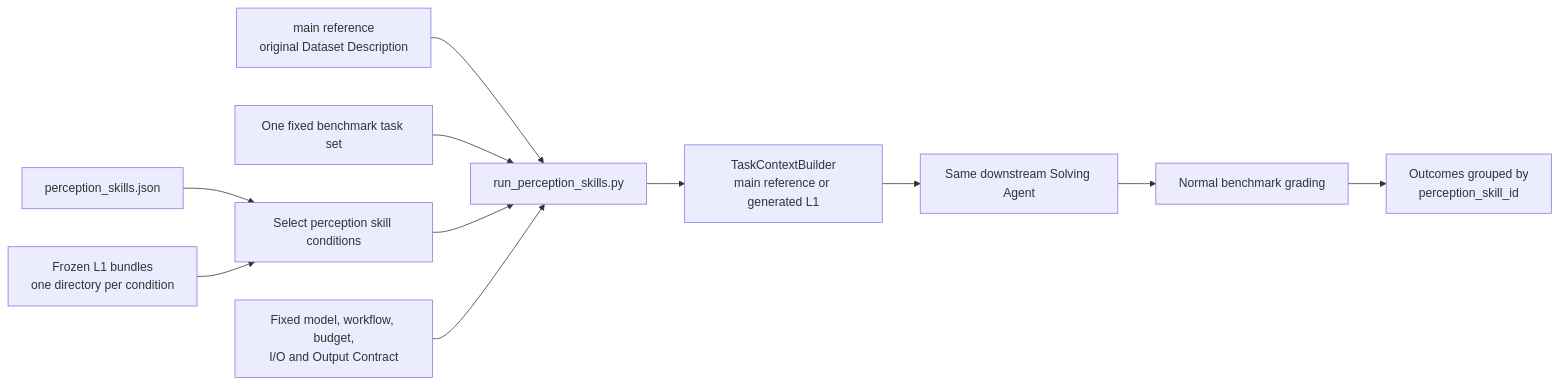
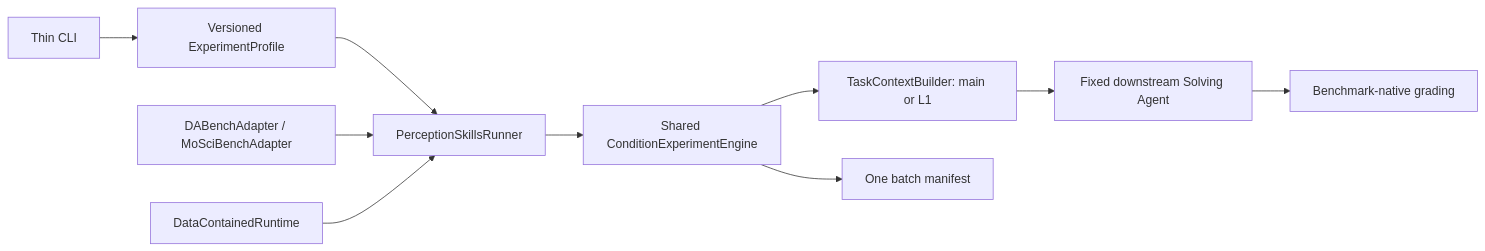
The diagram in experiments/data_card_ablation/PERCEPTION_SKILLS.md (qinlu000/dslighting), drawn with Mermaid before and after one commit. The commit also changed other lines of this file and 140 other files, not shown here.

Commit message:
refactor: streamline perception skills ablations

````diff
--- a/experiments/data_card_ablation/PERCEPTION_SKILLS.md
+++ b/experiments/data_card_ablation/PERCEPTION_SKILLS.md
@@ -78,13 +113,12 @@
 ```mermaid
 flowchart LR
-    manifest["perception_skills.json"] --> select["Select perception skill conditions"]
-    annotations["Frozen L1 bundles<br/>one directory per condition"] --> select
-    main["main reference<br/>original Dataset Description"] --> runner["run_perception_skills.py"]
-    tasks["One fixed benchmark task set"] --> runner
-    select --> runner
-    fixed["Fixed model, workflow, budget,<br/>I/O and Output Contract"] --> runner
-    runner --> context["TaskContextBuilder<br/>main reference or generated L1"]
-    context --> solver["Same downstream Solving Agent"]
-    solver --> grade["Normal benchmark grading"]
-    grade --> results["Outcomes grouped by<br/>perception_skill_id"]
+    cli["Thin CLI"] --> profile["Versioned ExperimentProfile"]
+    profile --> runner["PerceptionSkillsRunner"]
+    adapter["DABenchAdapter / MoSciBenchAdapter"] --> runner
+    runtime["DataContainedRuntime"] --> runner
+    runner --> engine["Shared ConditionExperimentEngine"]
+    engine --> context["TaskContextBuilder: main or L1"]
+    context --> solver["Fixed downstream Solving Agent"]
+    solver --> grade["Benchmark-native grading"]
+    engine --> manifest["One batch manifest"]
 ```
````
